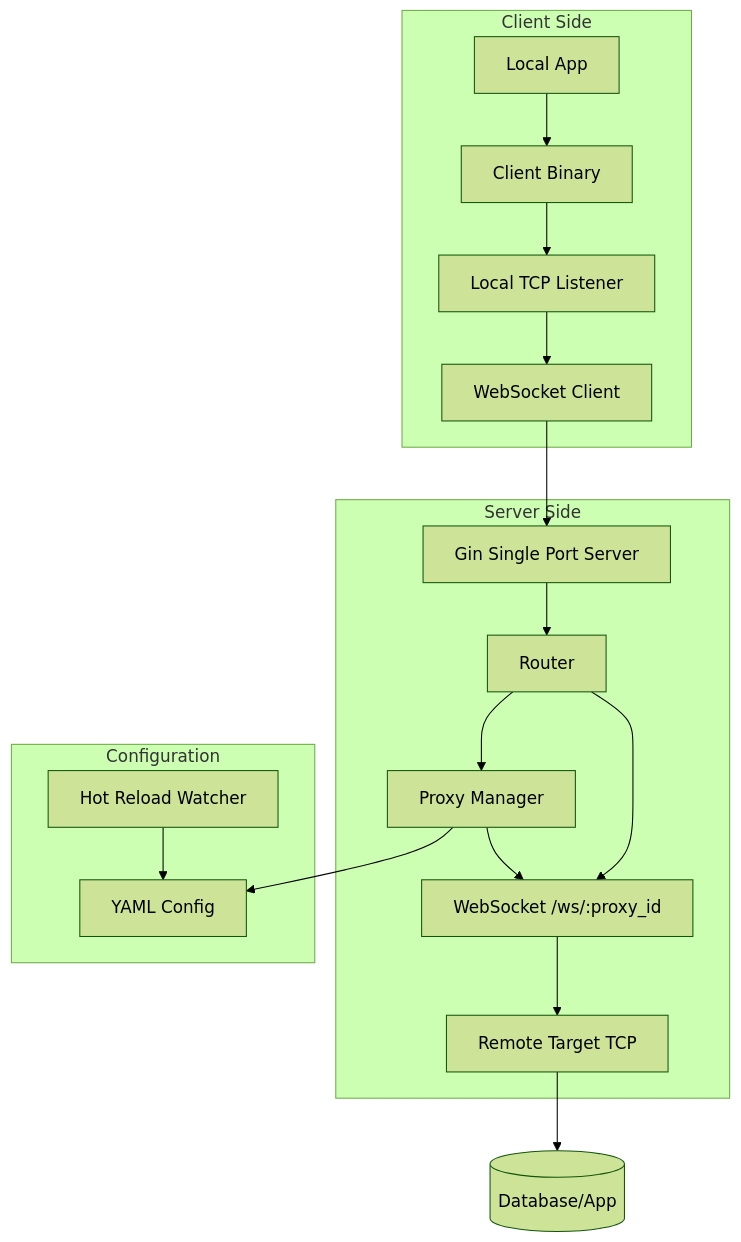
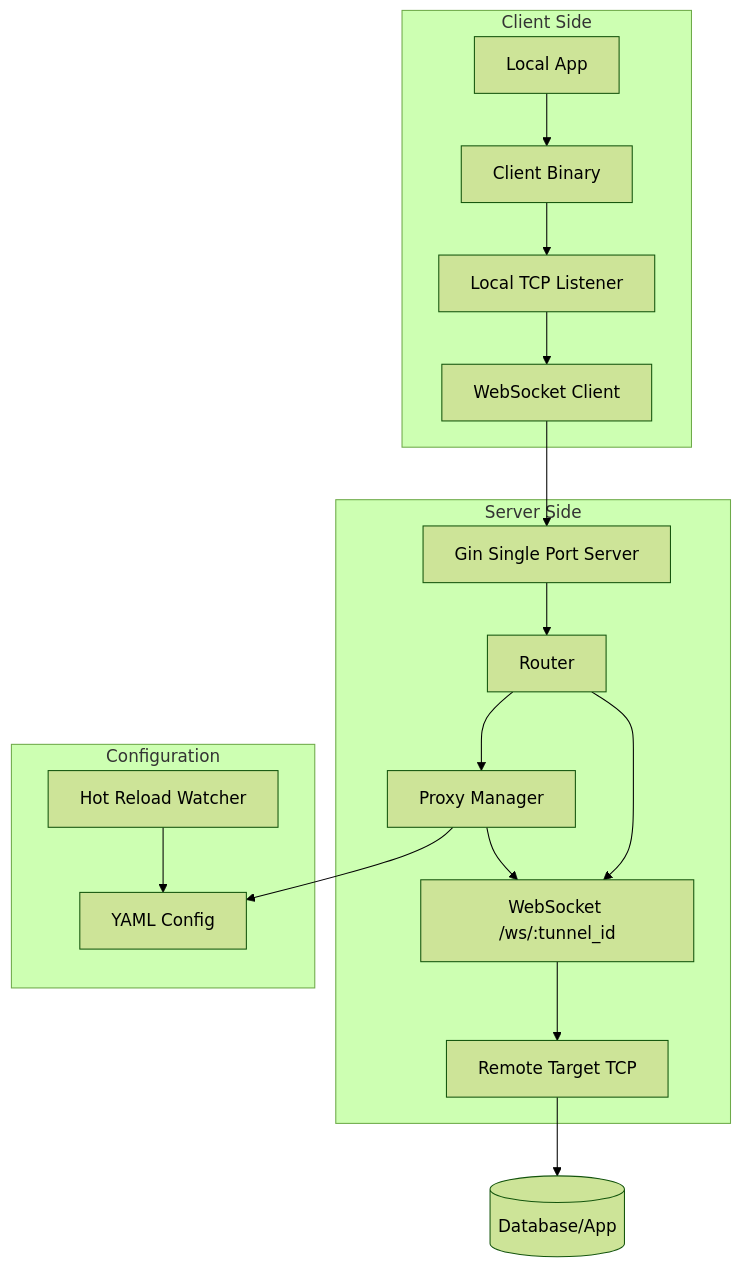
The diagram in openspec/changes/tcp-proxy-system/design.md (jiapeng1004/pspxy), drawn with Mermaid (forest theme) before and after one commit. The commit also changed other lines of this file and 33 other files, not shown here.

````diff
--- a/openspec/changes/tcp-proxy-system/design.md
+++ b/openspec/changes/tcp-proxy-system/design.md
@@ -9,25 +9,25 @@
 ```mermaid
 graph TB
     subgraph "Client Side"
         C1[Local App] --> C2[Client Binary]
         C2 --> C3[Local TCP Listener]
         C3 --> C4[WebSocket Client]
     end
     
     subgraph "Server Side"
         S1[Gin Single Port Server] --> S2[Router]
         S2 --> S3[Proxy Manager]
-        S2 --> S4["WebSocket /ws/:proxy_id"]
+        S2 --> S4["WebSocket /ws/:tunnel_id"]
         S3 --> S4
         S4 --> S6[Remote Target TCP]
     end
     
     C4 --> S1
     S6 --> R1[(Database/App)]
     
     subgraph "Configuration"
         CFG[YAML Config]
         S3 --> CFG
         HR[Hot Reload Watcher] --> CFG
     end
 ```
````
